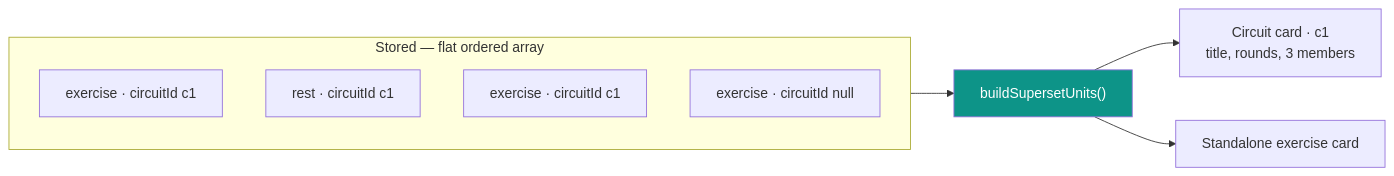
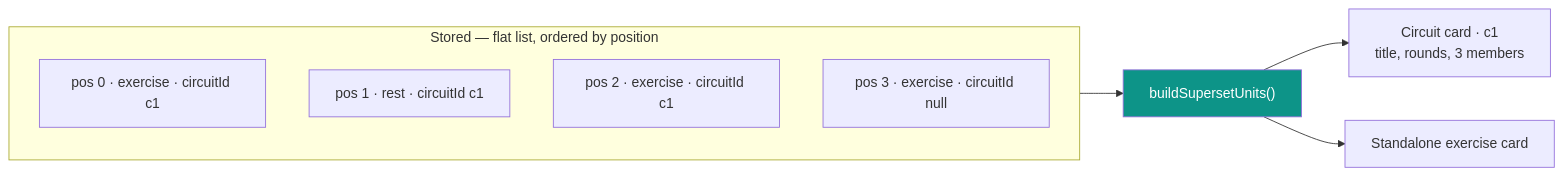
One commit to stutek/LibrePT changed the third of 4 diagrams in docs/DATA_MODEL.md. Above: the diagram before and after it, drawn with Mermaid. The commit also changed other lines of this file and 1 other file, not shown here.

````diff
--- a/docs/DATA_MODEL.md
+++ b/docs/DATA_MODEL.md
@@ -229,14 +258,14 @@
 ```mermaid
 flowchart LR
-    subgraph stored["Stored — flat ordered array"]
-        I1["exercise · circuitId c1"]
-        I2["rest · circuitId c1"]
-        I3["exercise · circuitId c1"]
-        I4["exercise · circuitId null"]
+    subgraph stored["Stored — flat list, ordered by position"]
+        I1["pos 0 · exercise · circuitId c1"]
+        I2["pos 1 · rest · circuitId c1"]
+        I3["pos 2 · exercise · circuitId c1"]
+        I4["pos 3 · exercise · circuitId null"]
     end
     stored --> F["buildSupersetUnits()"]
     F --> U1["Circuit card · c1<br/>title, rounds, 3 members"]
     F --> U2["Standalone exercise card"]
 
     style F fill:#0d9488,color:#fff
 ```
````
